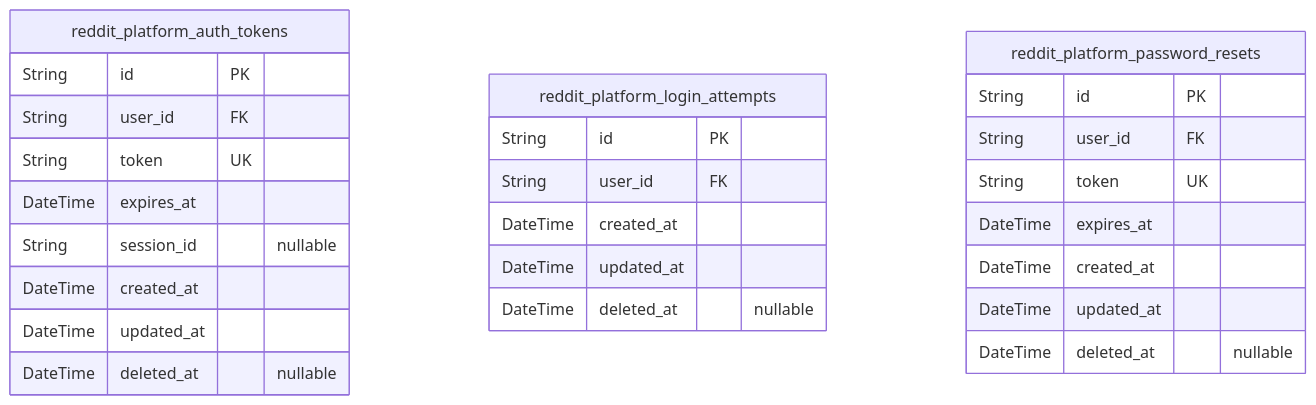
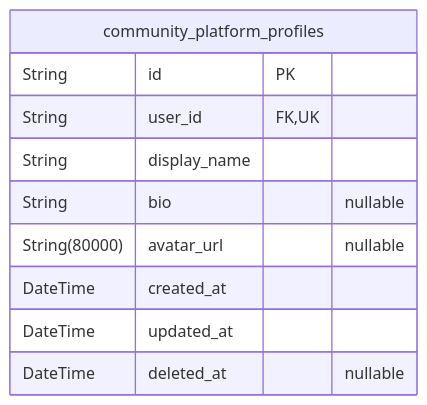
The third of 8 diagrams in qwen/qwen3-30b-a3b-thinking-2507/reddit/docs/ERD.md (wrtnlabs/autobe-examples), drawn with Mermaid before and after one commit. The commit also changed other lines of this file and 9391 other files, not shown here.

````diff
--- a/qwen/qwen3-30b-a3b-thinking-2507/reddit/docs/ERD.md
+++ b/qwen/qwen3-30b-a3b-thinking-2507/reddit/docs/ERD.md
@@ -333,29 +373,13 @@
 ```mermaid
 erDiagram
-"reddit_platform_auth_tokens" {
+"community_platform_profiles" {
   String id PK
-  String user_id FK
-  String token UK
-  DateTime expires_at
-  String session_id "nullable"
-  DateTime created_at
-  DateTime updated_at
-  DateTime deleted_at "nullable"
-}
-"reddit_platform_login_attempts" {
-  String id PK
-  String user_id FK
-  DateTime created_at
-  DateTime updated_at
-  DateTime deleted_at "nullable"
-}
-"reddit_platform_password_resets" {
-  String id PK
-  String user_id FK
-  String token UK
-  DateTime expires_at
+  String user_id FK,UK
+  String display_name
+  String bio "nullable"
+  String(80000) avatar_url "nullable"
   DateTime created_at
   DateTime updated_at
   DateTime deleted_at "nullable"
 }
 ```
````
